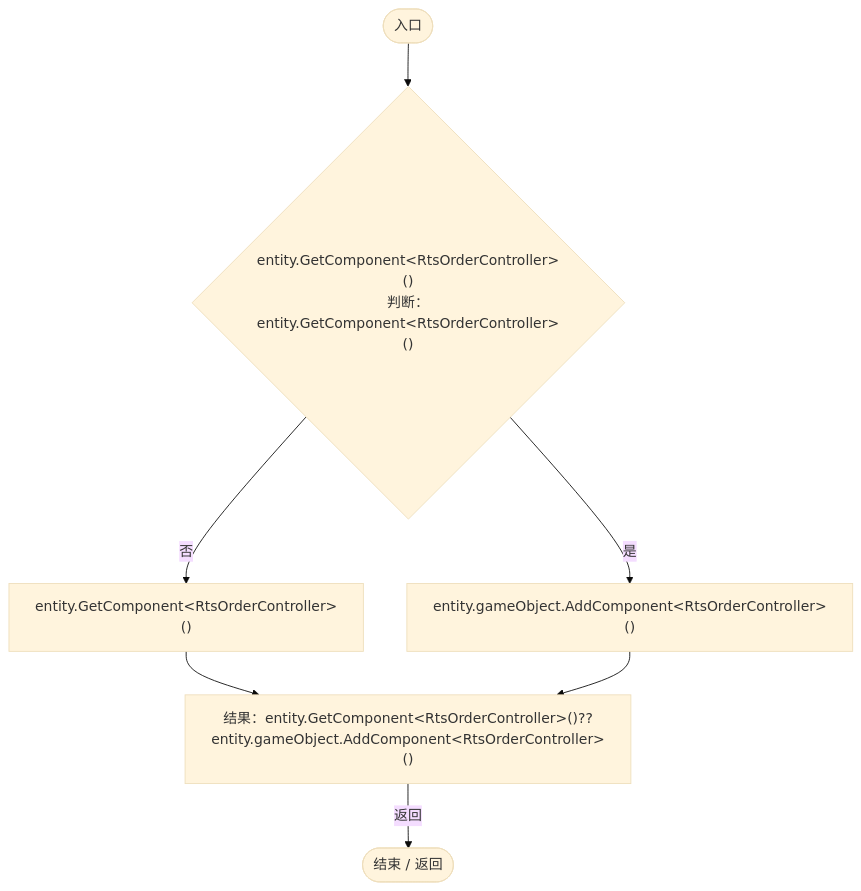
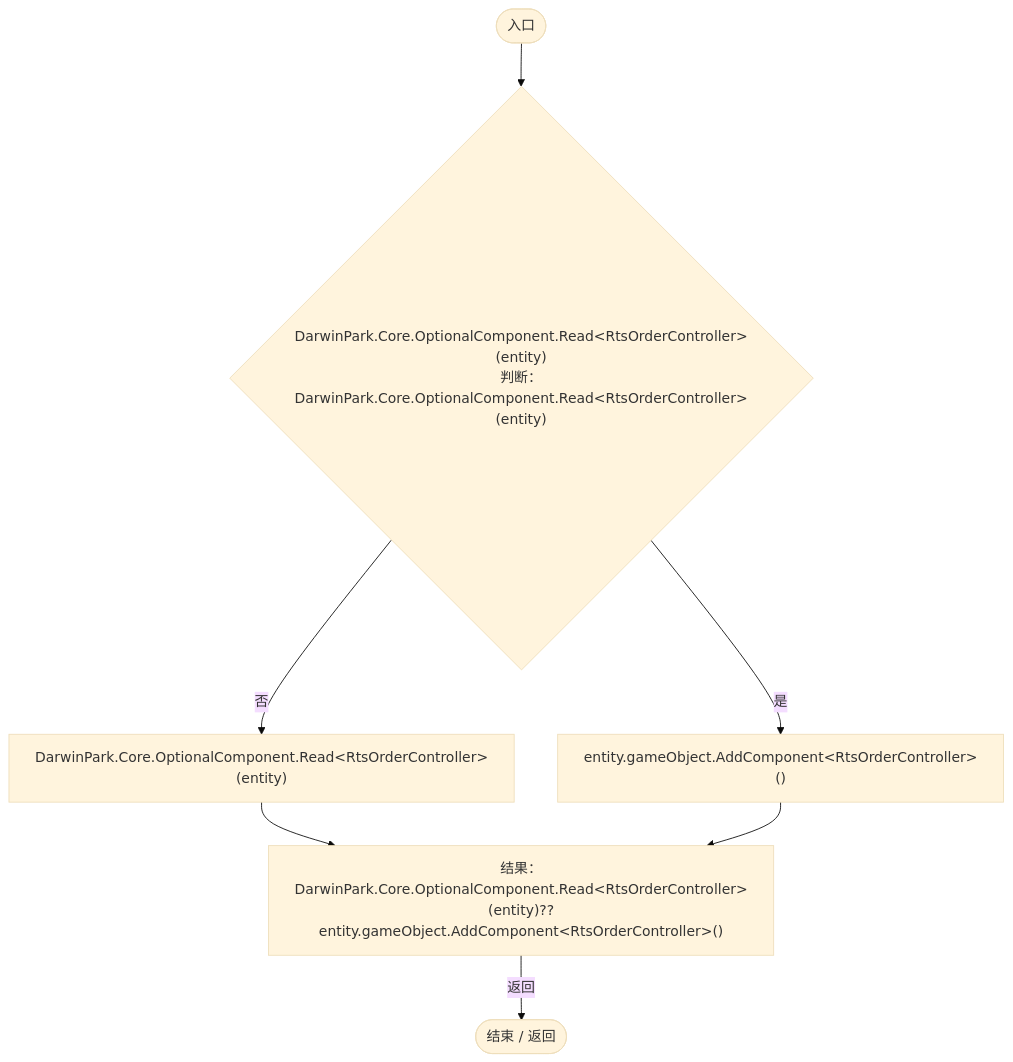
Before and after one commit to xhs6666/Darwin_paradise: the fourth of 9 diagrams in Docs/运行流程图/脚本/cac3b6501f41ca35.md, drawn with Mermaid (base theme). The commit also changed other lines of this file and 297 other files, not shown here.

````diff
--- a/Docs/运行流程图/脚本/cac3b6501f41ca35.md
+++ b/Docs/运行流程图/脚本/cac3b6501f41ca35.md
@@ -83,16 +83,16 @@
 ```mermaid
 flowchart TD
   b0(["入口"])
-  b1{"entity.GetComponent&lt;RtsOrderController&gt;()<br/>判断：entity.GetComponent&lt;RtsOrderController&gt;()"}
-  b2["entity.GetComponent&lt;RtsOrderController&gt;()"]
+  b1{"DarwinPark.Core.OptionalComponent.Read&lt;RtsOrderController&gt;(entity)<br/>判断：DarwinPark.Core.OptionalComponent.Read&lt;RtsOrderController&gt;(entity)"}
+  b2["DarwinPark.Core.OptionalComponent.Read&lt;RtsOrderController&gt;(entity)"]
   b3["entity.gameObject.AddComponent&lt;RtsOrderController&gt;()"]
-  b4["结果：entity.GetComponent&lt;RtsOrderController&gt;()??entity.gameObject.AddComponent&lt;RtsOrderController&gt;()"]
+  b4["结果：DarwinPark.Core.OptionalComponent.Read&lt;RtsOrderController&gt;(entity)??entity.gameObject.AddComponent&lt;RtsOrderController&gt;()"]
   b5(["结束 / 返回"])
   b0 --> b1
   b1 -->|"否"| b2
   b1 -->|"是"| b3
   b2 --> b4
   b3 --> b4
   b4 -->|"返回"| b5
 
 ```
````
